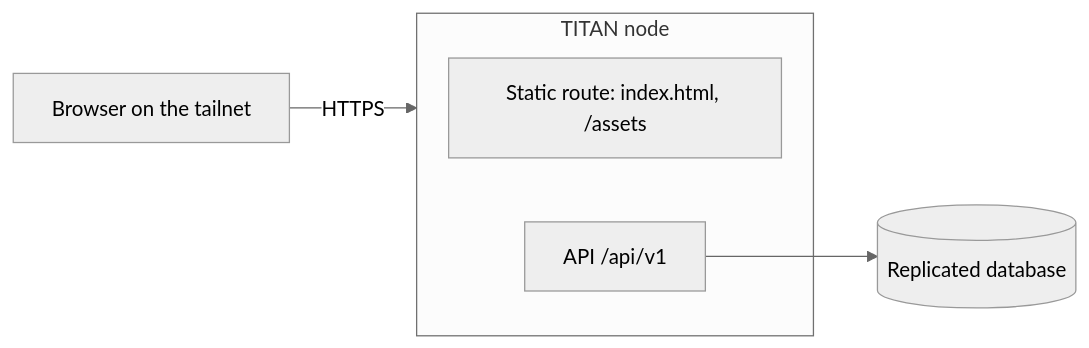
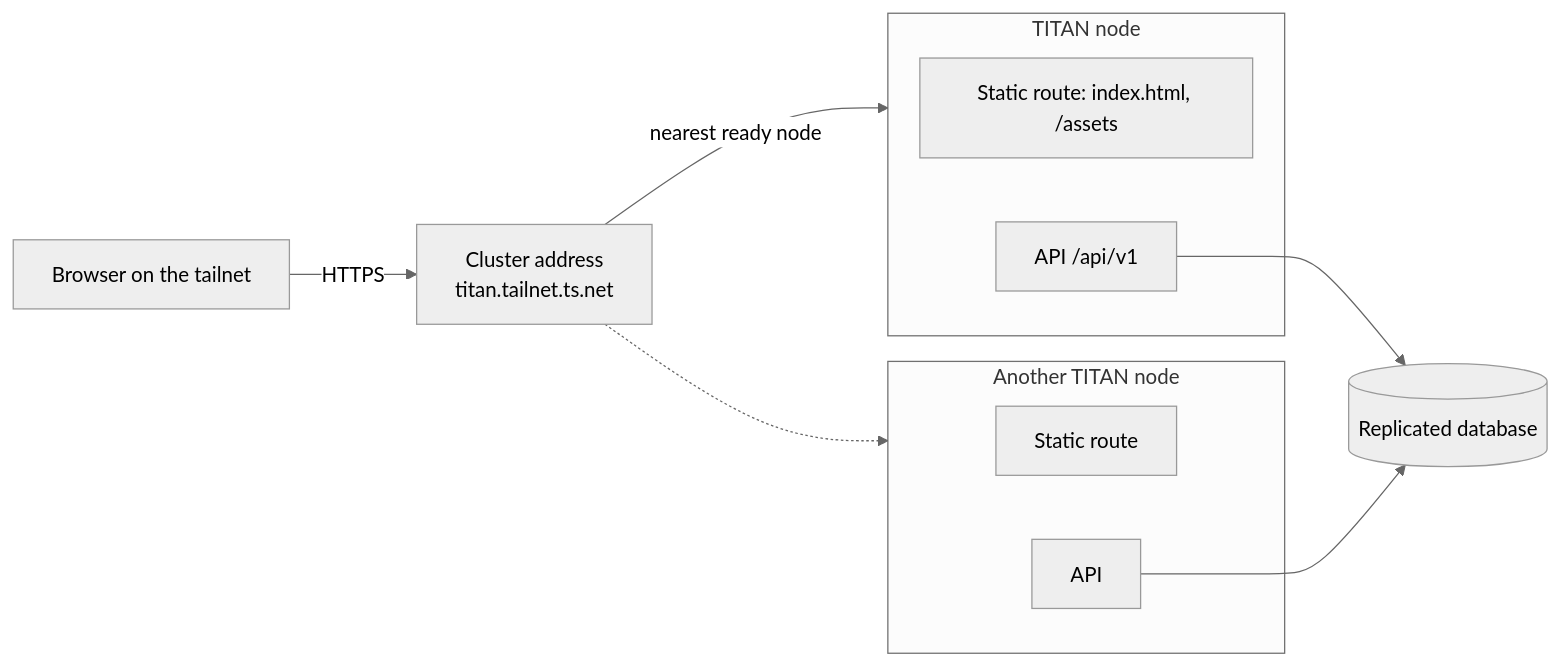
Before and after one commit to vlukyanets/titan-web: the diagram in docs/architecture/overview.md, drawn with Mermaid (neutral theme). The commit also changed other lines of this file and 3 other files, not shown here.

First line of the commit message:
Changed the Web UI to one sign-in on the shared cluster address

````diff
--- a/docs/architecture/overview.md
+++ b/docs/architecture/overview.md
@@ -7,9 +7,15 @@
 ```mermaid
 flowchart LR
-    B[Browser on the tailnet] -->|HTTPS| N
-    subgraph N[TITAN node]
-        S[Static route: index.html, /assets]
-        A[API /api/v1]
+    B[Browser on the tailnet] -->|HTTPS| C[Cluster address<br/>titan.tailnet.ts.net]
+    C -->|nearest ready node| N1
+    C -.-> N2
+    subgraph N1[TITAN node]
+        S1[Static route: index.html, /assets]
+        A1[API /api/v1]
     end
-    A --> DB[(Replicated database)]
+    subgraph N2[Another TITAN node]
+        S2[Static route]
+        A2[API]
+    end
+    A1 & A2 --> DB[(Replicated database)]
 ```
````
